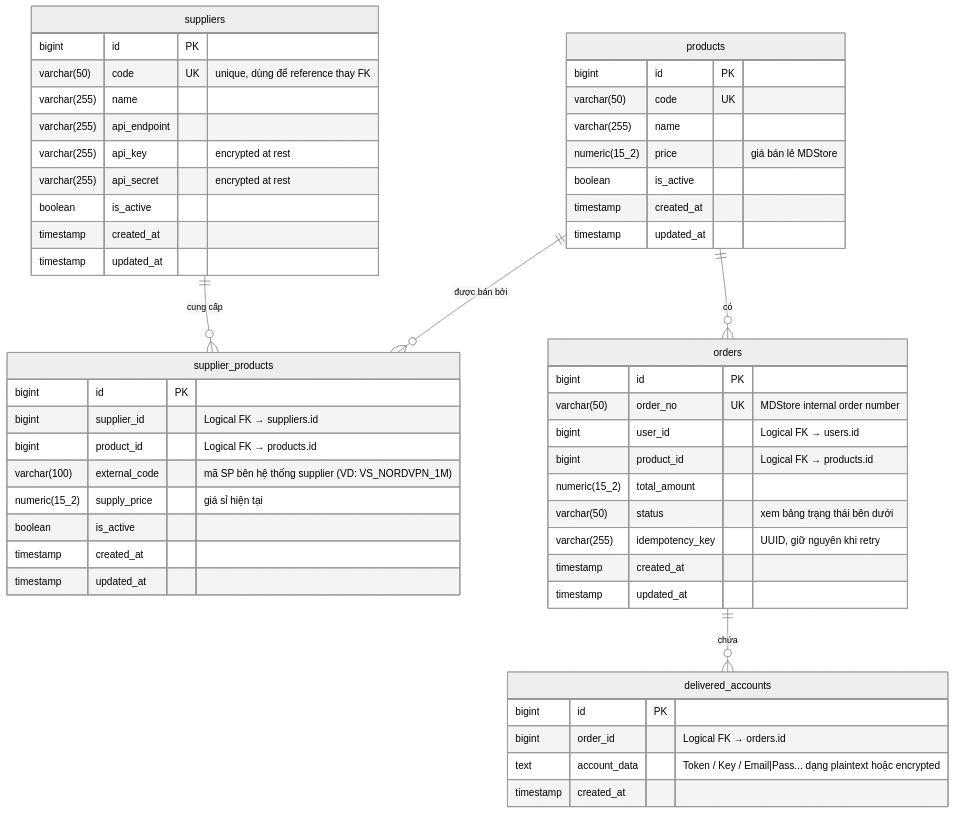
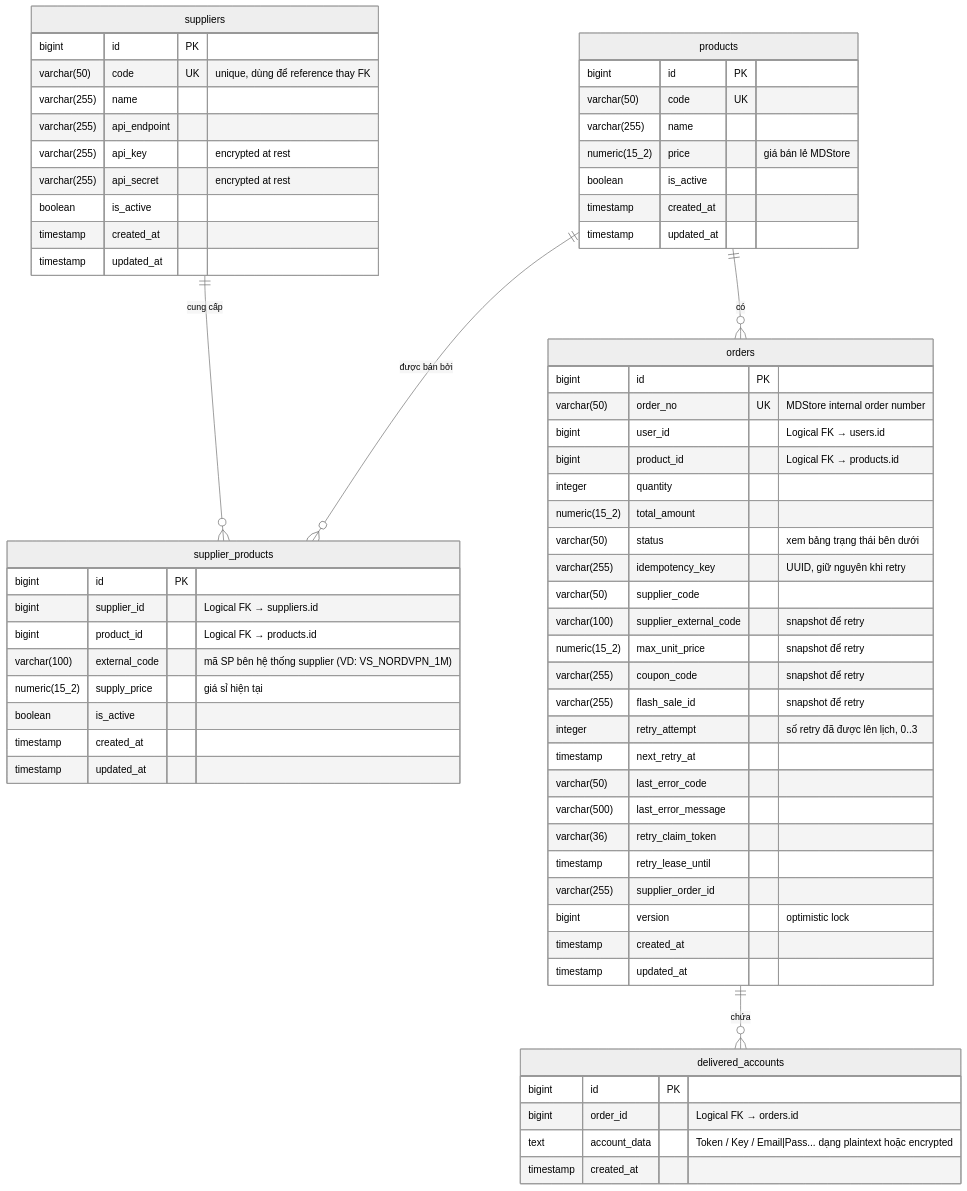
One commit to minhduyhodev/MDStore changed the diagram in docs/03-db-schema.md. Above: the diagram before and after it, drawn with Mermaid (neutral theme). The commit also changed other lines of this file and 6 other files, not shown here.

Commit message:
feat: document database schema, business flows, and implement initial Order domain entities and status enum

````diff
--- a/docs/03-db-schema.md
+++ b/docs/03-db-schema.md
@@ -18,59 +18,73 @@
 ```mermaid
 erDiagram
     suppliers ||--o{ supplier_products : "cung cấp"
     products ||--o{ supplier_products : "được bán bởi"
     products ||--o{ orders : "có"
     orders ||--o{ delivered_accounts : "chứa"
 
     suppliers {
         bigint id PK
         varchar(50) code UK "unique, dùng để reference thay FK"
         varchar(255) name
         varchar(255) api_endpoint
         varchar(255) api_key "encrypted at rest"
         varchar(255) api_secret "encrypted at rest"
         boolean is_active
         timestamp created_at
         timestamp updated_at
     }
 
     products {
         bigint id PK
         varchar(50) code UK
         varchar(255) name
         numeric(15_2) price "giá bán lẻ MDStore"
         boolean is_active
         timestamp created_at
         timestamp updated_at
     }
 
     supplier_products {
         bigint id PK
         bigint supplier_id "Logical FK → suppliers.id"
         bigint product_id "Logical FK → products.id"
         varchar(100) external_code "mã SP bên hệ thống supplier (VD: VS_NORDVPN_1M)"
         numeric(15_2) supply_price "giá sỉ hiện tại"
         boolean is_active
         timestamp created_at
         timestamp updated_at
     }
 
     orders {
         bigint id PK
         varchar(50) order_no UK "MDStore internal order number"
         bigint user_id "Logical FK → users.id"
         bigint product_id "Logical FK → products.id"
+        integer quantity
         numeric(15_2) total_amount
         varchar(50) status "xem bảng trạng thái bên dưới"
         varchar(255) idempotency_key "UUID, giữ nguyên khi retry"
+        varchar(50) supplier_code
+        varchar(100) supplier_external_code "snapshot để retry"
+        numeric(15_2) max_unit_price "snapshot để retry"
+        varchar(255) coupon_code "snapshot để retry"
+        varchar(255) flash_sale_id "snapshot để retry"
+        integer retry_attempt "số retry đã được lên lịch, 0..3"
+        timestamp next_retry_at
+        varchar(50) last_error_code
+        varchar(500) last_error_message
+        varchar(36) retry_claim_token
+        timestamp retry_lease_until
+        varchar(255) supplier_order_id
+        bigint version "optimistic lock"
         timestamp created_at
         timestamp updated_at
     }
 
     delivered_accounts {
         bigint id PK
         bigint order_id "Logical FK → orders.id"
         text account_data "Token / Key / Email|Pass... dạng plaintext hoặc encrypted"
         timestamp created_at
     }
 ```
````
